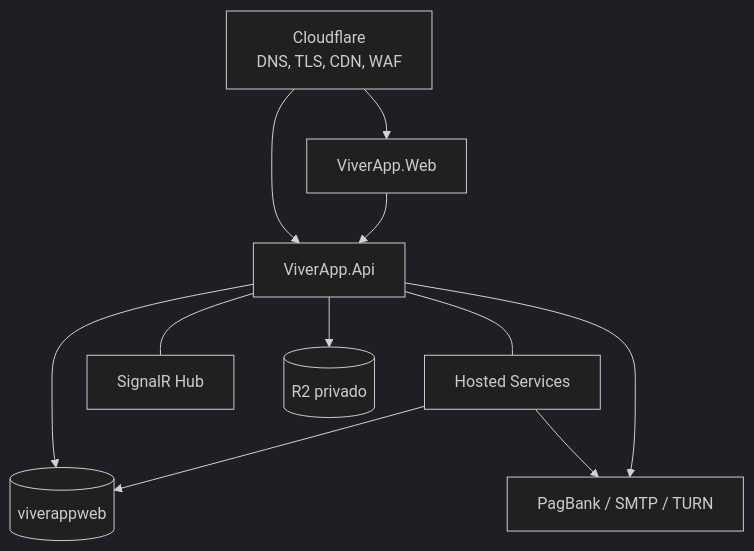
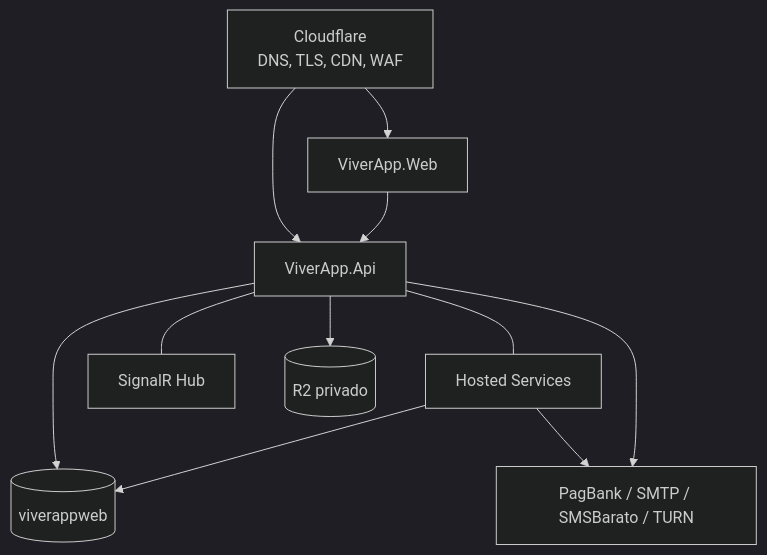
Before and after one commit to PauloVianaR/ViverAppWeb: the second of 6 diagrams in docs/fase-01/ARQUITETURA-E-DIAGRAMAS.md, drawn with Mermaid (dark theme). The commit also changed other lines of this file and 62 other files, not shown here.

````diff
--- a/docs/fase-01/ARQUITETURA-E-DIAGRAMAS.md
+++ b/docs/fase-01/ARQUITETURA-E-DIAGRAMAS.md
@@ -36,22 +36,22 @@
 ```mermaid
 flowchart TB
     CF[Cloudflare<br/>DNS, TLS, CDN, WAF]
     WEB[ViverApp.Web]
     API[ViverApp.Api]
     BG[Hosted Services]
     HUB[SignalR Hub]
     MYSQL[(viverappweb)]
     OBJ[(R2 privado)]
-    EXT[PagBank / SMTP / TURN]
+    EXT[PagBank / SMTP / SMSBarato / TURN]
 
     CF --> WEB
     CF --> API
     WEB --> API
     API --> MYSQL
     API --- BG
     API --- HUB
     BG --> MYSQL
     BG --> EXT
     API --> EXT
     API --> OBJ
 ```
````
